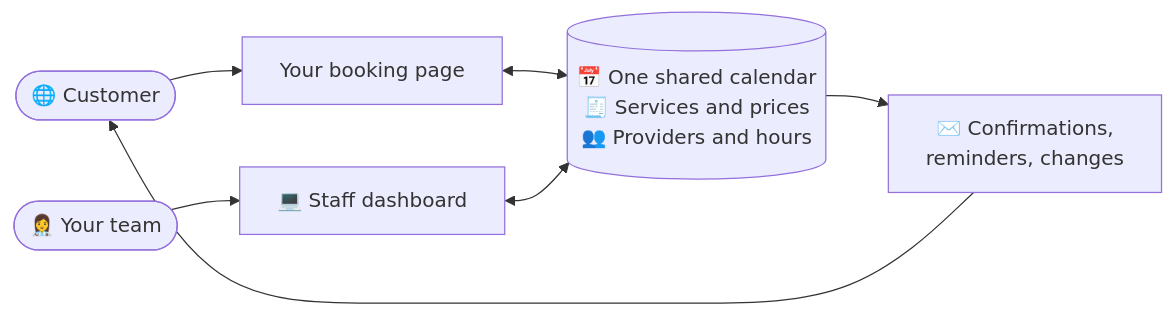
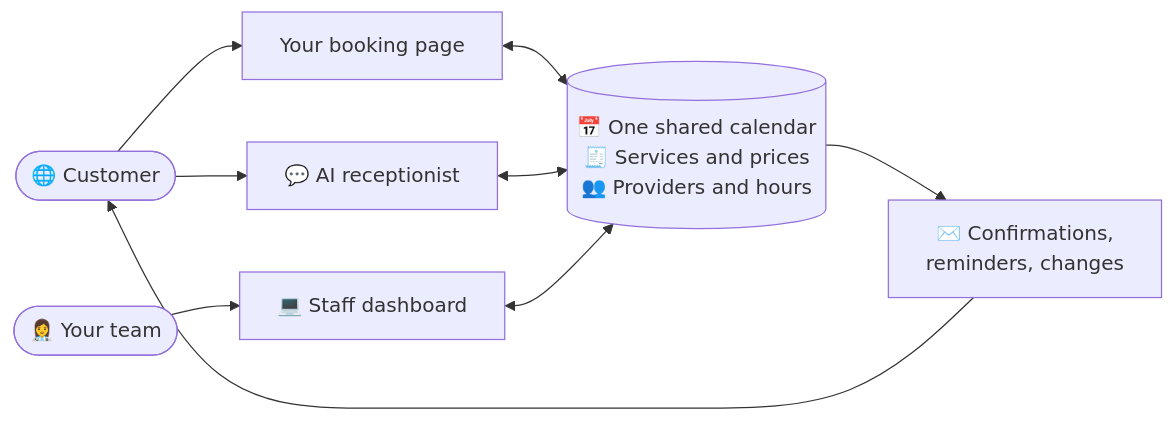
The first of 5 diagrams in docs/user-guide.md (hbela/booking-and-more), drawn with Mermaid before and after one commit. The commit also changed other lines of this file and 27 other files, not shown here.

````diff
--- a/docs/user-guide.md
+++ b/docs/user-guide.md
@@ -31,9 +35,11 @@
 ```mermaid
 flowchart LR
     Customer([🌐 Customer]) --> BookingPage[Your booking page]
+    Customer --> Chat[💬 AI receptionist]
     BookingPage <--> Core[(📅 One shared calendar<br/>🧾 Services and prices<br/>👥 Providers and hours)]
+    Chat <--> Core
     Staff([👩‍⚕️ Your team]) --> Dashboard[💻 Staff dashboard]
     Dashboard <--> Core
     Core --> Emails[✉️ Confirmations,<br/>reminders, changes]
     Emails --> Customer
 ```
````
